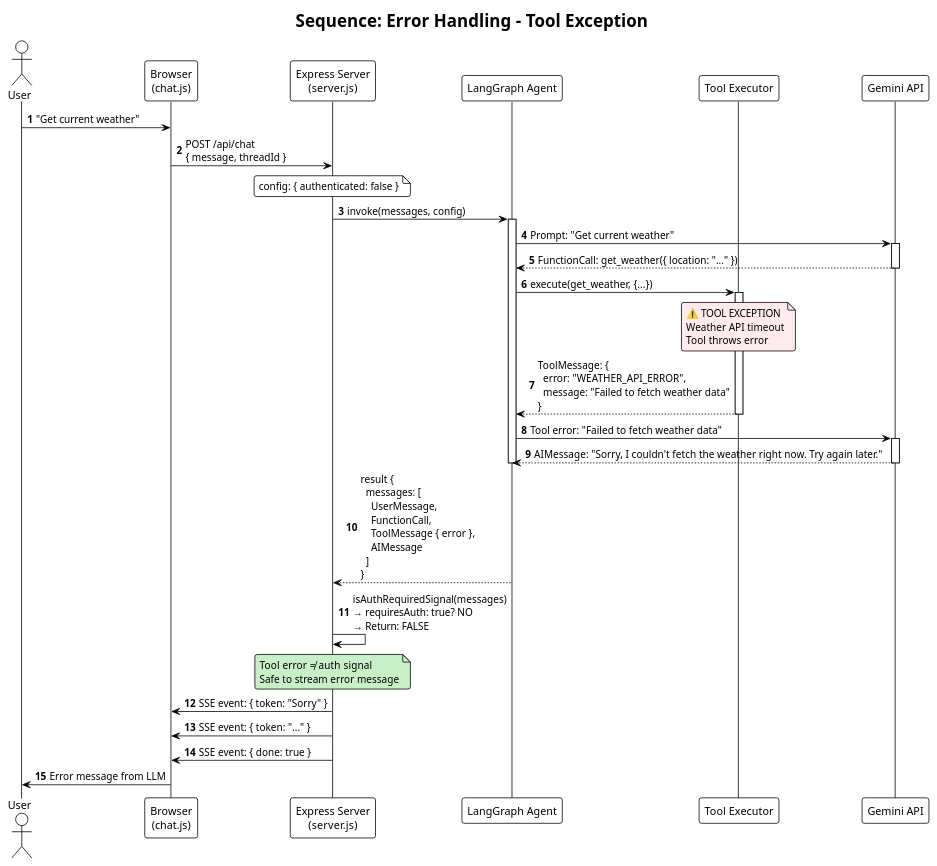
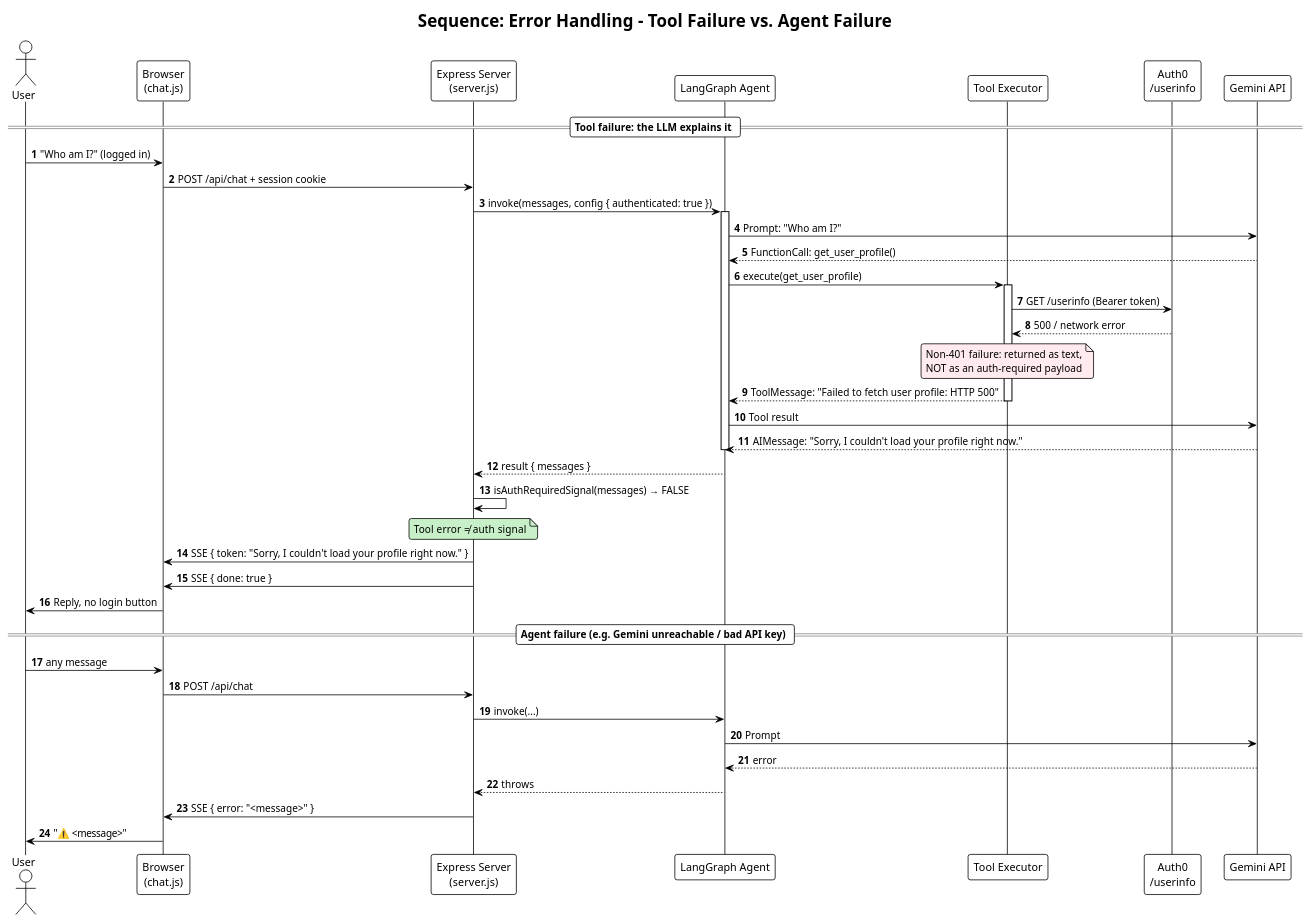
The diagram in docs/06_error_handling_tool_exception.puml (malotian/node-ai-assitant), drawn with PlantUML before and after one commit. The commit also changed 17 other files, not shown here.

First line of the commit message:
docs: remove duplicate diagrams, sync docs with code, clean up

```diff
--- a/docs/06_error_handling_tool_exception.puml
+++ b/docs/06_error_handling_tool_exception.puml
@@ -1,62 +1,64 @@
 @startuml Error_Handling_Tool_Exception
 !theme plain
 autonumber
 skinparam shadowing false
 skinparam roundcorner 6
 skinparam defaultFontName Arial
 skinparam lifelineStrategy solid
 
-title Sequence: Error Handling - Tool Exception
+title Sequence: Error Handling - Tool Failure vs. Agent Failure
 
 actor User
 participant "Browser\n(chat.js)" as UI
 participant "Express Server\n(server.js)" as Server
 participant "LangGraph Agent" as Agent
 participant "Tool Executor" as Tools
+participant "Auth0\n/userinfo" as Auth0
 participant "Gemini API" as LLM
 
-User -> UI : "Get current weather"
-UI -> Server : POST /api/chat\n{ message, threadId }
-note over Server
-  config: { authenticated: false }
-end note
+== Tool failure: the LLM explains it ==
 
-Server -> Agent : invoke(messages, config)
+User -> UI : "Who am I?" (logged in)
+UI -> Server : POST /api/chat + session cookie
+Server -> Agent : invoke(messages, config { authenticated: true })
 activate Agent
 
-Agent -> LLM : Prompt: "Get current weather"
-activate LLM
-LLM --> Agent : FunctionCall: get_weather({ location: "..." })
-deactivate LLM
+Agent -> LLM : Prompt: "Who am I?"
+LLM --> Agent : FunctionCall: get_user_profile()
 
-Agent -> Tools : execute(get_weather, {...})
+Agent -> Tools : execute(get_user_profile)
 activate Tools
+Tools -> Auth0 : GET /userinfo (Bearer token)
+Auth0 --> Tools : 500 / network error
 note over Tools #ffebee
-  ⚠️ TOOL EXCEPTION
-  Weather API timeout
-  Tool throws error
+  Non-401 failure: returned as text,
+  NOT as an auth-required payload
 end note
-Tools --> Agent : ToolMessage: {\n  error: "WEATHER_API_ERROR",\n  message: "Failed to fetch weather data"\n}
+Tools --> Agent : ToolMessage: "Failed to fetch user profile: HTTP 500"
 deactivate Tools
 
-Agent -> LLM : Tool error: "Failed to fetch weather data"
-activate LLM
-LLM --> Agent : AIMessage: "Sorry, I couldn't fetch the weather right now. Try again later."
-deactivate LLM
+Agent -> LLM : Tool result
+LLM --> Agent : AIMessage: "Sorry, I couldn't load your profile right now."
+deactivate Agent
+Agent --> Server : result { messages }
 
-deactivate Agent
-Agent --> Server : result {\n  messages: [\n    UserMessage,\n    FunctionCall,\n    ToolMessage { error },\n    AIMessage\n  ]\n}
-
-Server -> Server : isAuthRequiredSignal(messages)\n→ requiresAuth: true? NO\n→ Return: FALSE
+Server -> Server : isAuthRequiredSignal(messages) → FALSE
 note over Server #c8f0c8
   Tool error ≠ auth signal
-  Safe to stream error message
 end note
+Server -> UI : SSE { token: "Sorry, I couldn't load your profile right now." }
+Server -> UI : SSE { done: true }
+UI -> User : Reply, no login button
 
-Server -> UI : SSE event: { token: "Sorry" }
-Server -> UI : SSE event: { token: "..." }
-Server -> UI : SSE event: { done: true }
+== Agent failure (e.g. Gemini unreachable / bad API key) ==
 
-UI -> User : Error message from LLM
+User -> UI : any message
+UI -> Server : POST /api/chat
+Server -> Agent : invoke(...)
+Agent -> LLM : Prompt
+LLM --> Agent : error
+Agent --> Server : throws
+Server -> UI : SSE { error: "<message>" }
+UI -> User : "⚠️ <message>"
 
 @enduml
```
